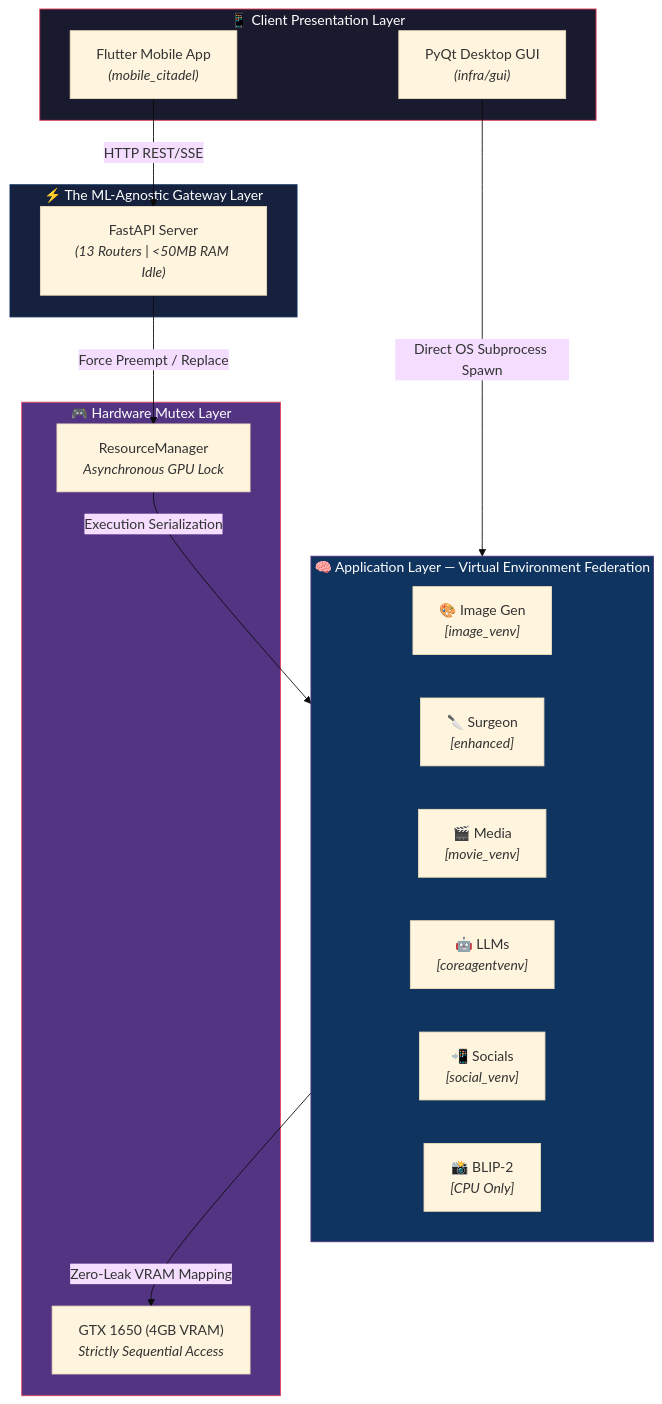
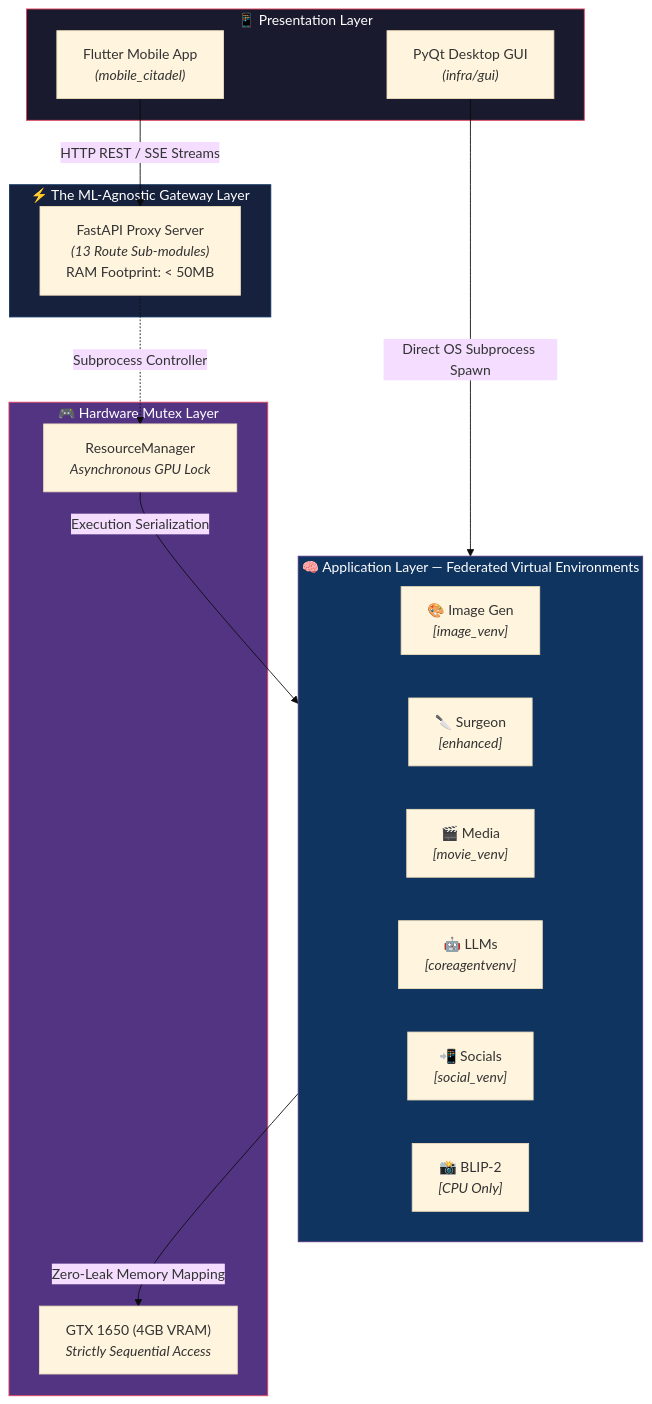
The first of 2 diagrams in README.md (RajTewari01/neural_citadel), drawn with Mermaid (base theme) before and after one commit. The commit also changed other lines of this file, not shown here.

Commit message:
docs: implement high-fidelity professional README with mermaid architecture

````diff
--- a/README.md
+++ b/README.md
@@ -30,37 +30,37 @@
 ```mermaid
 graph TB
-    subgraph Clients ["📱 Client Presentation Layer"]
+    subgraph Clients ["📱 Presentation Layer"]
         FLUTTER["Flutter Mobile App<br/><i>(mobile_citadel)</i>"]
         PYQT["PyQt Desktop GUI<br/><i>(infra/gui)</i>"]
     end
 
     subgraph Gateway ["⚡ The ML-Agnostic Gateway Layer"]
-        FASTAPI["FastAPI Server<br/><i>(13 Routers | <50MB RAM Idle)</i>"]
+        FASTAPI["FastAPI Proxy Server<br/><i>(13 Route Sub-modules)</i><br/>RAM Footprint: < 50MB"]
     end
 
-    subgraph Apps ["🧠 Application Layer — Virtual Environment Federation"]
+    subgraph Apps ["🧠 Application Layer — Federated Virtual Environments"]
         direction LR
         IMG["🎨 Image Gen<br/><i>[image_venv]</i>"]
         SURG["🔪 Surgeon<br/><i>[enhanced]</i>"]
         MOV["🎬 Media<br/><i>[movie_venv]</i>"]
         LLM["🤖 LLMs<br/><i>[coreagentvenv]</i>"]
         SOC["📲 Socials<br/><i>[social_venv]</i>"]
         CAP["📸 BLIP-2<br/><i>[CPU Only]</i>"]
     end
 
     subgraph Hardware ["🎮 Hardware Mutex Layer"]
         RM["ResourceManager<br/><i>Asynchronous GPU Lock</i>"]
         GPU["GTX 1650 (4GB VRAM)<br/><i>Strictly Sequential Access</i>"]
     end
 
-    FLUTTER -->|HTTP REST/SSE| FASTAPI
+    FLUTTER -->|HTTP REST / SSE Streams| FASTAPI
     PYQT -->|Direct OS Subprocess Spawn| Apps
-    FASTAPI -->|Force Preempt / Replace| RM
+    FASTAPI -.->|Subprocess Controller| RM
     RM -->|Execution Serialization| Apps
-    Apps -->|Zero-Leak VRAM Mapping| GPU
+    Apps -->|Zero-Leak Memory Mapping| GPU
 
     style Clients fill:#1a1a2e,stroke:#e94560,color:#fff
     style Gateway fill:#16213e,stroke:#0f3460,color:#fff
     style Apps fill:#0f3460,stroke:#533483,color:#fff
     style Hardware fill:#533483,stroke:#e94560,color:#fff
 ```
````
